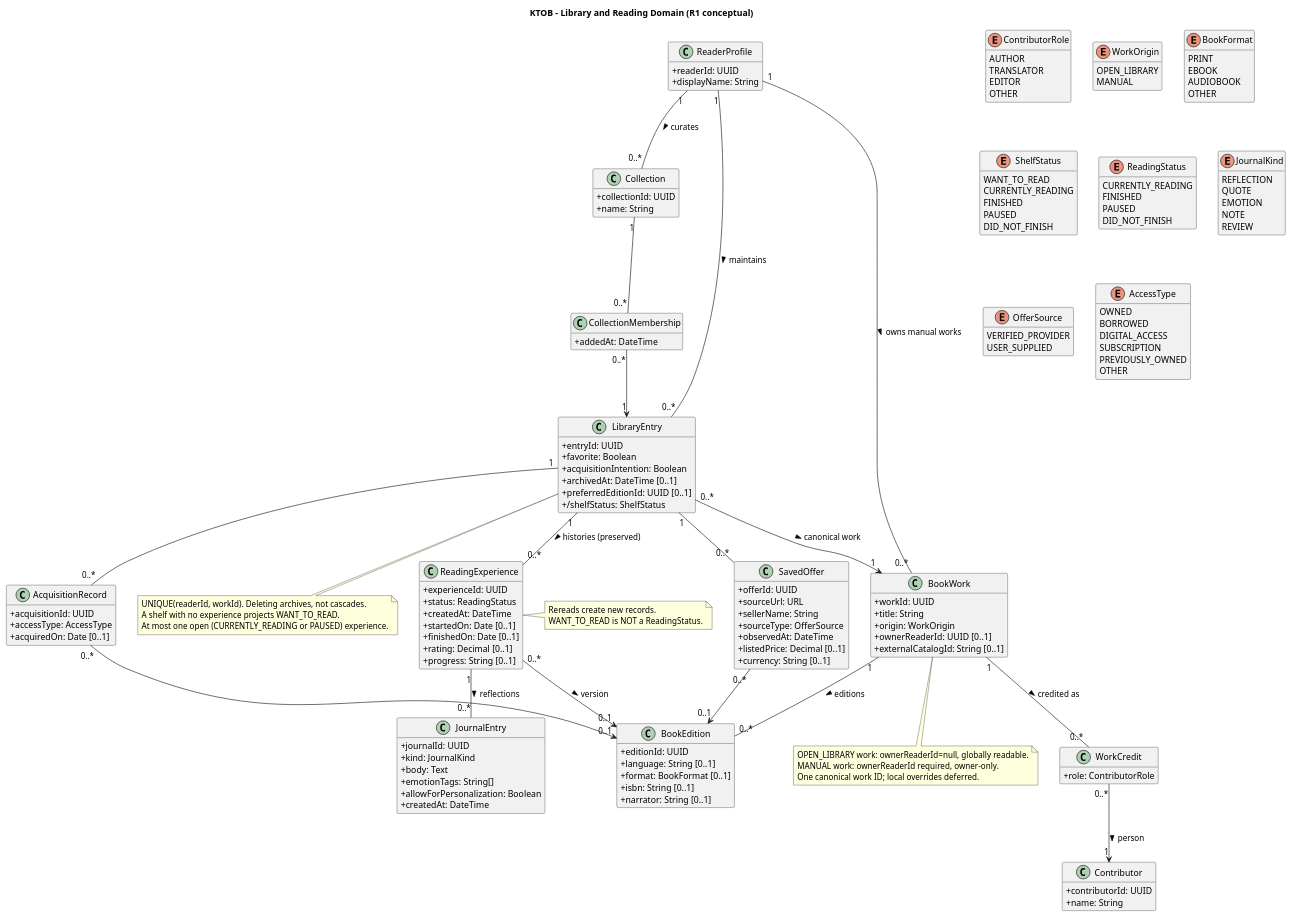
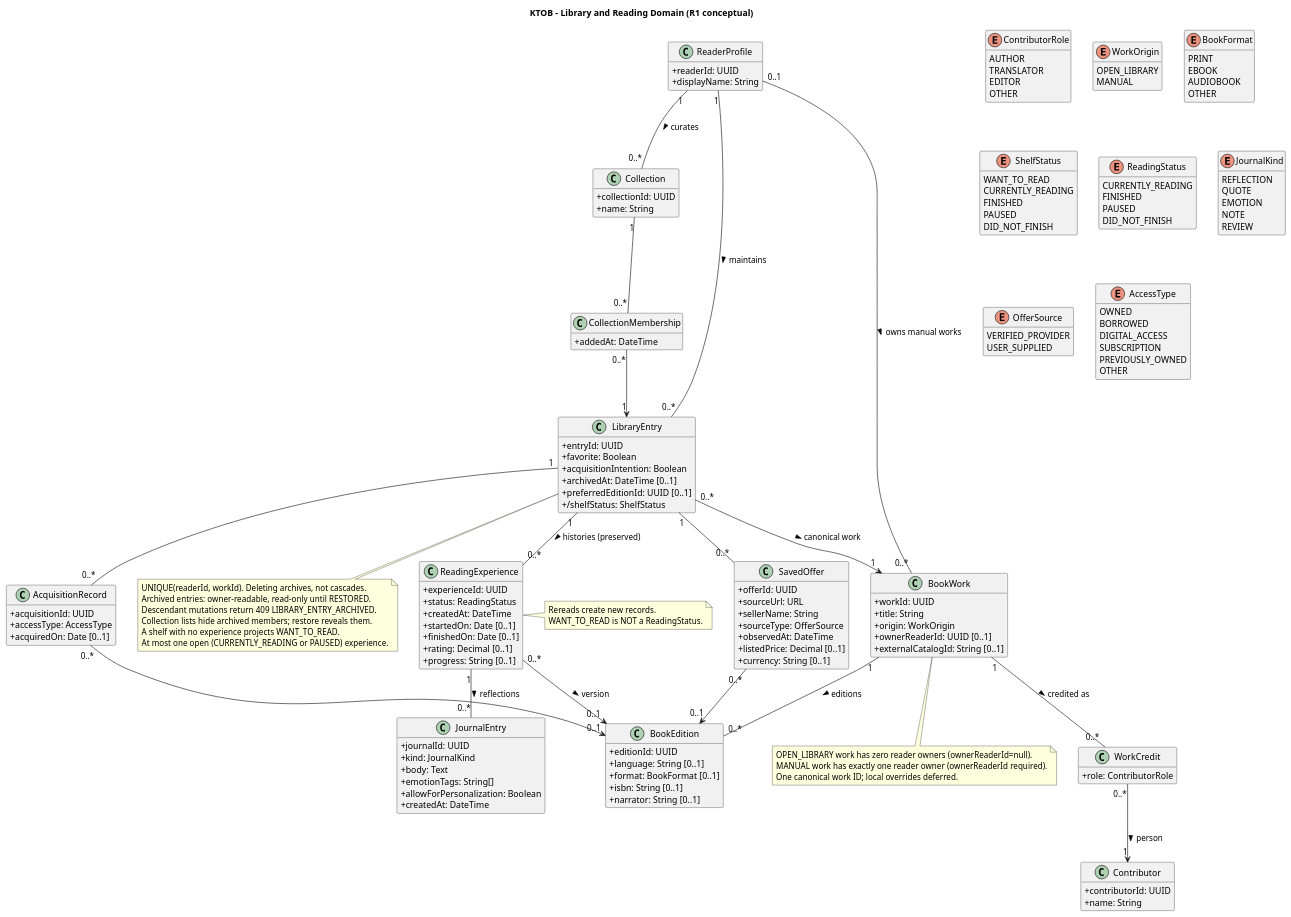
Before and after one commit to Adam-BArbia/ktob-literary-companion: the diagram in docs/uml/02-domain-library.puml, drawn with PlantUML. The commit also changed 15 other files, not shown here.

Commit message:
docs(architecture): resolve final UML, monetary and archival consistency gaps

```diff
--- a/docs/uml/02-domain-library.puml
+++ b/docs/uml/02-domain-library.puml
@@ -1,155 +1,158 @@
 @startuml KTOB_02_domain_library
 title KTOB - Library and Reading Domain (R1 conceptual)
 hide empty methods
 skinparam classAttributeIconSize 0
 class ReaderProfile {
  +readerId: UUID
  +displayName: String
 }
 class BookWork {
  +workId: UUID
  +title: String
  +origin: WorkOrigin
  +ownerReaderId: UUID [0..1]
  +externalCatalogId: String [0..1]
 }
 class Contributor {
  +contributorId: UUID
  +name: String
 }
 class WorkCredit {
  +role: ContributorRole
 }
 enum ContributorRole {
  AUTHOR
  TRANSLATOR
  EDITOR
  OTHER
 }
 enum WorkOrigin {
  OPEN_LIBRARY
  MANUAL
 }
 class BookEdition {
  +editionId: UUID
  +language: String [0..1]
  +format: BookFormat [0..1]
  +isbn: String [0..1]
  +narrator: String [0..1]
 }
 enum BookFormat {
  PRINT
  EBOOK
  AUDIOBOOK
  OTHER
 }
 class LibraryEntry {
  +entryId: UUID
  +favorite: Boolean
  +acquisitionIntention: Boolean
  +archivedAt: DateTime [0..1]
  +preferredEditionId: UUID [0..1]
  +/shelfStatus: ShelfStatus
 }
 enum ShelfStatus {
  WANT_TO_READ
  CURRENTLY_READING
  FINISHED
  PAUSED
  DID_NOT_FINISH
 }
 class ReadingExperience {
  +experienceId: UUID
  +status: ReadingStatus
  +createdAt: DateTime
  +startedOn: Date [0..1]
  +finishedOn: Date [0..1]
  +rating: Decimal [0..1]
  +progress: String [0..1]
 }
 enum ReadingStatus {
  CURRENTLY_READING
  FINISHED
  PAUSED
  DID_NOT_FINISH
 }
 class JournalEntry {
  +journalId: UUID
  +kind: JournalKind
  +body: Text
  +emotionTags: String[]
  +allowForPersonalization: Boolean
  +createdAt: DateTime
 }
 enum JournalKind {
  REFLECTION
  QUOTE
  EMOTION
  NOTE
  REVIEW
 }
 class Collection {
  +collectionId: UUID
  +name: String
 }
 class CollectionMembership {
  +addedAt: DateTime
 }
 class SavedOffer {
  +offerId: UUID
  +sourceUrl: URL
  +sellerName: String
  +sourceType: OfferSource
  +observedAt: DateTime
  +listedPrice: Decimal [0..1]
  +currency: String [0..1]
 }
 enum OfferSource {
  VERIFIED_PROVIDER
  USER_SUPPLIED
 }
 class AcquisitionRecord {
  +acquisitionId: UUID
  +accessType: AccessType
  +acquiredOn: Date [0..1]
 }
 enum AccessType {
  OWNED
  BORROWED
  DIGITAL_ACCESS
  SUBSCRIPTION
  PREVIOUSLY_OWNED
  OTHER
 }
 
-ReaderProfile "1" -- "0..*" BookWork : owns manual works >
+ReaderProfile "0..1" -- "0..*" BookWork : owns manual works >
 ReaderProfile "1" -- "0..*" LibraryEntry : maintains >
 LibraryEntry "0..*" --> "1" BookWork : canonical work >
 BookWork "1" -- "0..*" BookEdition : editions >
 BookWork "1" -- "0..*" WorkCredit : credited as >
 WorkCredit "0..*" --> "1" Contributor : person >
 LibraryEntry "1" -- "0..*" ReadingExperience : histories (preserved) >
 ReadingExperience "0..*" --> "0..1" BookEdition : version >
 ReadingExperience "1" -- "0..*" JournalEntry : reflections >
 ReaderProfile "1" -- "0..*" Collection : curates >
 Collection "1" -- "0..*" CollectionMembership
 CollectionMembership "0..*" --> "1" LibraryEntry
 LibraryEntry "1" -- "0..*" SavedOffer
 SavedOffer "0..*" --> "0..1" BookEdition
 LibraryEntry "1" -- "0..*" AcquisitionRecord
 AcquisitionRecord "0..*" --> "0..1" BookEdition
 note bottom of BookWork
-OPEN_LIBRARY work: ownerReaderId=null, globally readable.
-MANUAL work: ownerReaderId required, owner-only.
+OPEN_LIBRARY work has zero reader owners (ownerReaderId=null).
+MANUAL work has exactly one reader owner (ownerReaderId required).
 One canonical work ID; local overrides deferred.
 end note
 note bottom of LibraryEntry
 UNIQUE(readerId, workId). Deleting archives, not cascades.
+Archived entries: owner-readable, read-only until RESTORED.
+Descendant mutations return 409 LIBRARY_ENTRY_ARCHIVED.
+Collection lists hide archived members; restore reveals them.
 A shelf with no experience projects WANT_TO_READ.
 At most one open (CURRENTLY_READING or PAUSED) experience.
 end note
 note right of ReadingExperience
 Rereads create new records.
 WANT_TO_READ is NOT a ReadingStatus.
 end note
 @enduml
```
